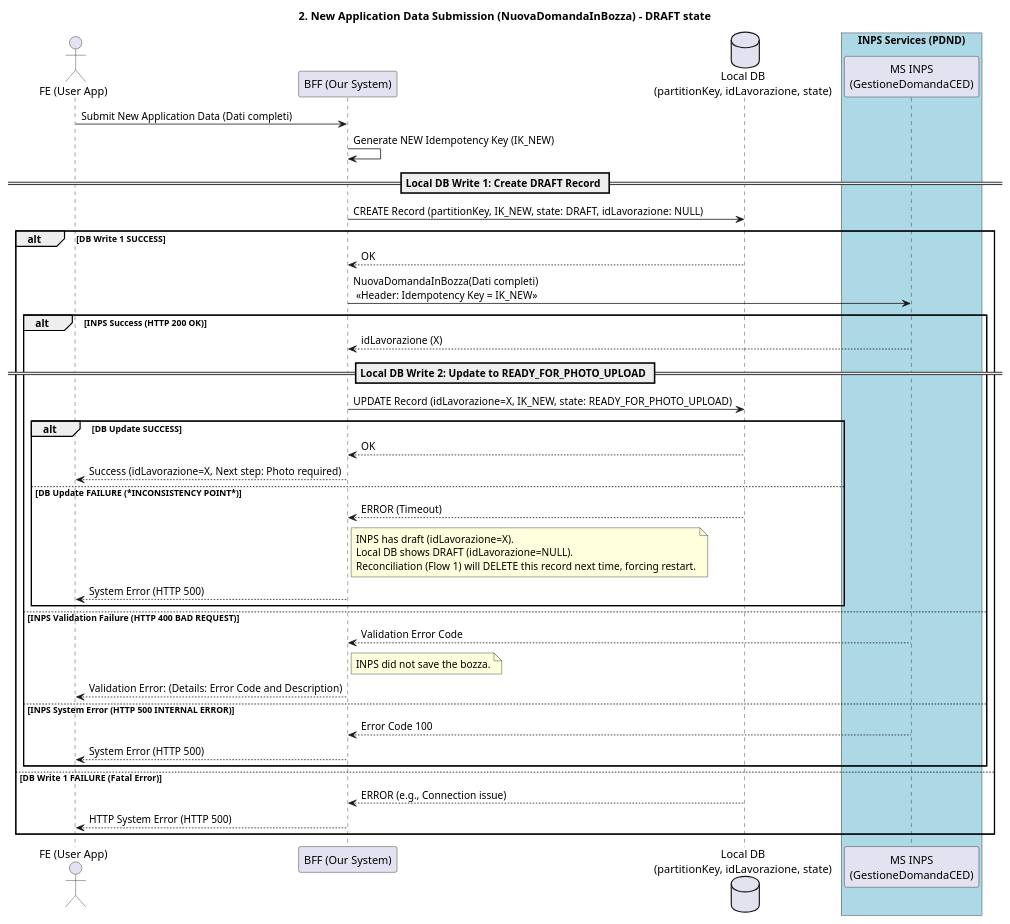
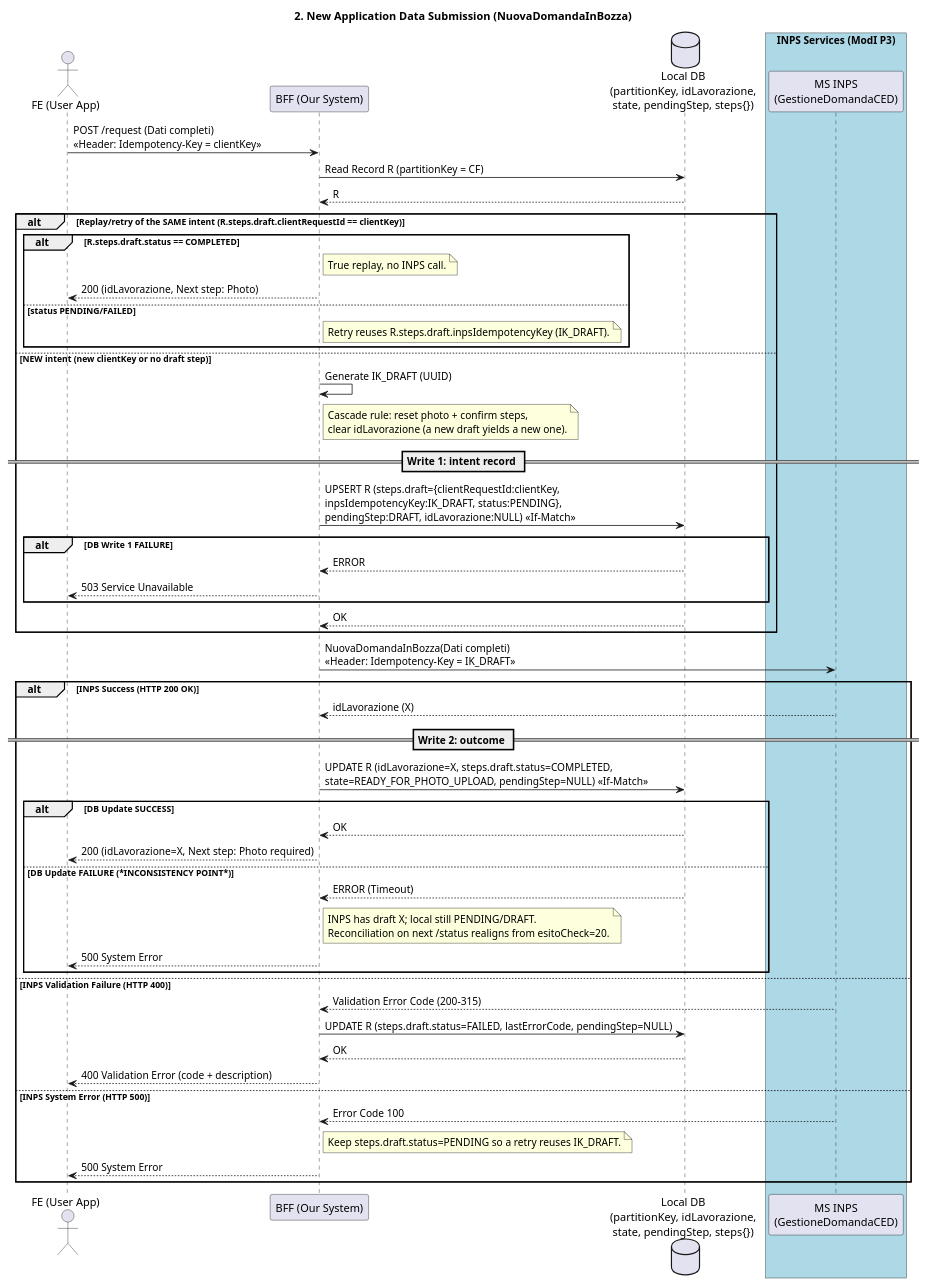
Before and after one commit to pagopa/io-growth: the diagram in docs/ced-card-request/sequence/draft_request_sequence.puml, drawn with PlantUML. The commit also changed 72 other files, not shown here.

```diff
--- a/docs/ced-card-request/sequence/draft_request_sequence.puml
+++ b/docs/ced-card-request/sequence/draft_request_sequence.puml
@@ -1,54 +1,66 @@
 @startuml Draft Request Sequence Diagram
 
 actor "FE (User App)" as FE
 participant "BFF (Our System)" as BFF
-database "Local DB\n(partitionKey, idLavorazione, state)" as DB
-box "INPS Services (PDND)" #LightBlue
+database "Local DB\n(partitionKey, idLavorazione,\nstate, pendingStep, steps{})" as DB
+box "INPS Services (ModI P3)" #LightBlue
   participant "MS INPS\n(GestioneDomandaCED)" as INPS
 end box
 
-title 2. New Application Data Submission (NuovaDomandaInBozza) - DRAFT state
+title 2. New Application Data Submission (NuovaDomandaInBozza)
 
-FE -> BFF: Submit New Application Data (Dati completi)
+FE -> BFF: POST /request (Dati completi)\n<<Header: Idempotency-Key = clientKey>>
 
-BFF -> BFF: Generate NEW Idempotency Key (IK_NEW)
+BFF -> DB: Read Record R (partitionKey = CF)
+DB --> BFF: R
 
-== Local DB Write 1: Create DRAFT Record ==
-BFF -> DB: CREATE Record (partitionKey, IK_NEW, state: DRAFT, idLavorazione: NULL)
-
-alt DB Write 1 SUCCESS
-    DB --> BFF: OK
-
-    BFF -> INPS: NuovaDomandaInBozza(Dati completi) \n <<Header: Idempotency Key = IK_NEW>>
-
-    alt INPS Success (HTTP 200 OK)
-        INPS --> BFF: idLavorazione (X)
-
-        == Local DB Write 2: Update to READY_FOR_PHOTO_UPLOAD ==
-        BFF -> DB: UPDATE Record (idLavorazione=X, IK_NEW, state: READY_FOR_PHOTO_UPLOAD)
-
-        alt DB Update SUCCESS
-            DB --> BFF: OK
-            BFF --> FE: Success (idLavorazione=X, Next step: Photo required)
-
-        else DB Update FAILURE (***INCONSISTENCY POINT***)
-            DB --> BFF: ERROR (Timeout)
-            note right of BFF: INPS has draft (idLavorazione=X). \nLocal DB shows DRAFT (idLavorazione=NULL). \nReconciliation (Flow 1) will DELETE this record next time, forcing restart.
-            BFF --> FE: System Error (HTTP 500)
-        end
-
-    else INPS Validation Failure (HTTP 400 BAD REQUEST)
-        INPS --> BFF: Validation Error Code
-        note right of BFF: INPS did not save the bozza.
-        BFF --> FE: Validation Error: (Details: Error Code and Description)
-        
-    else INPS System Error (HTTP 500 INTERNAL ERROR)
-        INPS --> BFF: Error Code 100
-        BFF --> FE: System Error (HTTP 500)
+alt Replay/retry of the SAME intent (R.steps.draft.clientRequestId == clientKey)
+    alt R.steps.draft.status == COMPLETED
+        note right of BFF: True replay, no INPS call.
+        BFF --> FE: 200 (idLavorazione, Next step: Photo)
+    else status PENDING/FAILED
+        note right of BFF: Retry reuses R.steps.draft.inpsIdempotencyKey (IK_DRAFT).
     end
 
-else DB Write 1 FAILURE (Fatal Error)
-    DB --> BFF: ERROR (e.g., Connection issue)
-    BFF --> FE: HTTP System Error (HTTP 500)
+else NEW intent (new clientKey or no draft step)
+    BFF -> BFF: Generate IK_DRAFT (UUID)
+    note right of BFF: Cascade rule: reset photo + confirm steps,\nclear idLavorazione (a new draft yields a new one).
+
+    == Write 1: intent record ==
+    BFF -> DB: UPSERT R (steps.draft={clientRequestId:clientKey,\ninpsIdempotencyKey:IK_DRAFT, status:PENDING},\npendingStep:DRAFT, idLavorazione:NULL) <<If-Match>>
+    alt DB Write 1 FAILURE
+        DB --> BFF: ERROR
+        BFF --> FE: 503 Service Unavailable
+    end
+    DB --> BFF: OK
+end
+
+BFF -> INPS: NuovaDomandaInBozza(Dati completi)\n<<Header: Idempotency-Key = IK_DRAFT>>
+
+alt INPS Success (HTTP 200 OK)
+    INPS --> BFF: idLavorazione (X)
+
+    == Write 2: outcome ==
+    BFF -> DB: UPDATE R (idLavorazione=X, steps.draft.status=COMPLETED,\nstate=READY_FOR_PHOTO_UPLOAD, pendingStep=NULL) <<If-Match>>
+
+    alt DB Update SUCCESS
+        DB --> BFF: OK
+        BFF --> FE: 200 (idLavorazione=X, Next step: Photo required)
+    else DB Update FAILURE (***INCONSISTENCY POINT***)
+        DB --> BFF: ERROR (Timeout)
+        note right of BFF: INPS has draft X; local still PENDING/DRAFT.\nReconciliation on next /status realigns from esitoCheck=20.
+        BFF --> FE: 500 System Error
+    end
+
+else INPS Validation Failure (HTTP 400)
+    INPS --> BFF: Validation Error Code (200-315)
+    BFF -> DB: UPDATE R (steps.draft.status=FAILED, lastErrorCode, pendingStep=NULL)
+    DB --> BFF: OK
+    BFF --> FE: 400 Validation Error (code + description)
+
+else INPS System Error (HTTP 500)
+    INPS --> BFF: Error Code 100
+    note right of BFF: Keep steps.draft.status=PENDING so a retry reuses IK_DRAFT.
+    BFF --> FE: 500 System Error
 end
 @enduml
```
